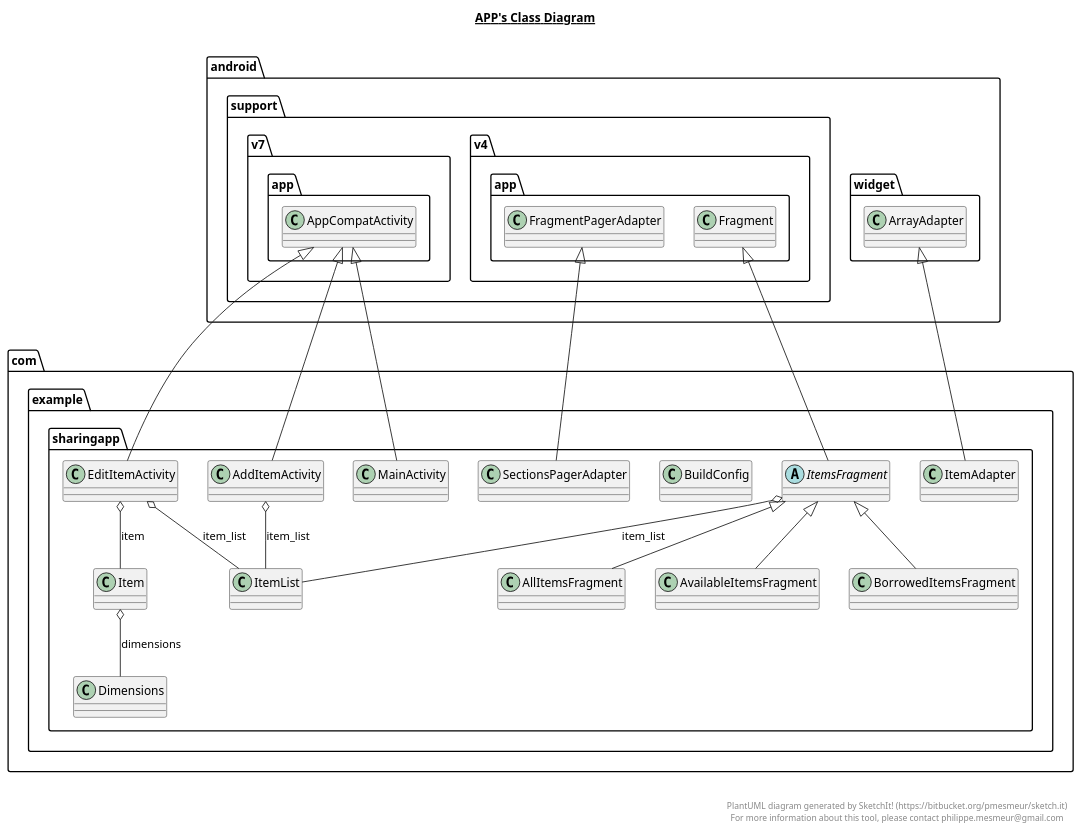
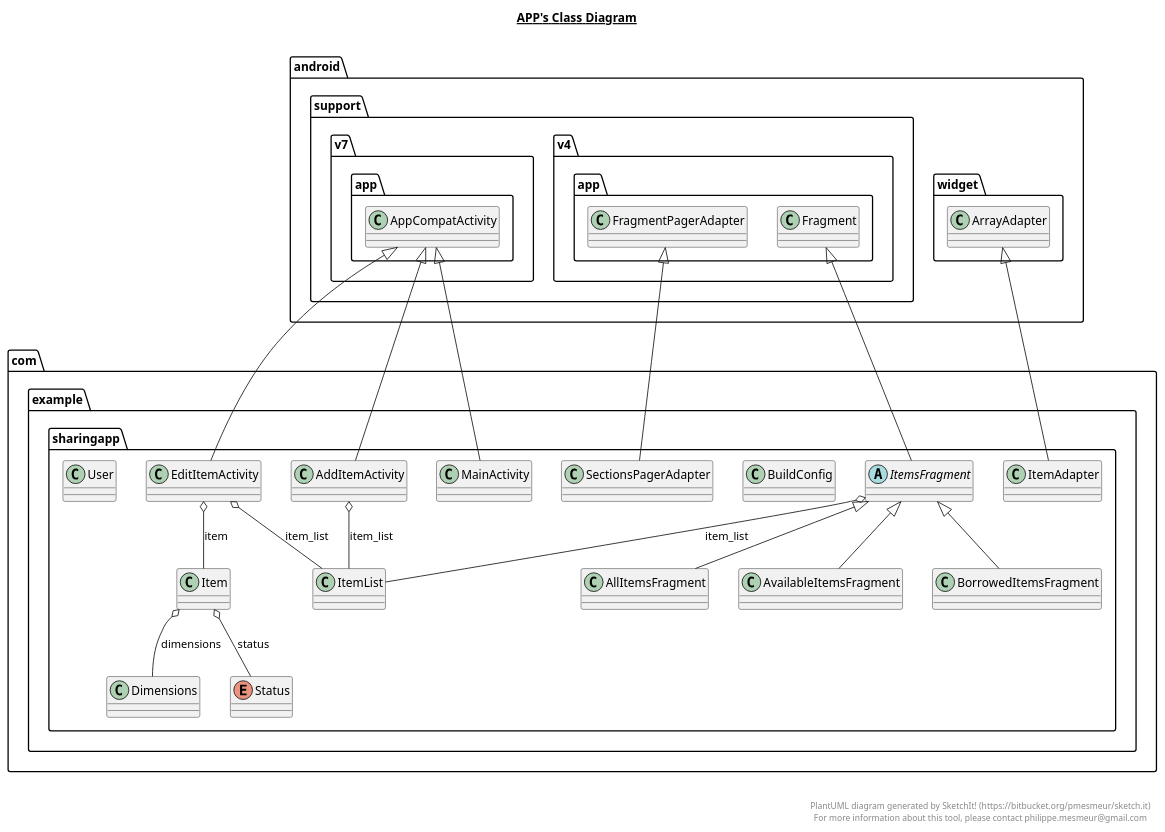
Before and after one commit to letkemanpete78/SharingApp: the diagram in app/app.plantuml, drawn with PlantUML. The commit also changed 9 other files, not shown here.

```diff
--- a/app/app.plantuml
+++ b/app/app.plantuml
@@ -1,106 +1,119 @@
 @startuml
 
 title __APP's Class Diagram__\n
 
   namespace com.example.sharingapp {
     class com.example.sharingapp.AddItemActivity {
     }
   }
   
 
   namespace com.example.sharingapp {
     class com.example.sharingapp.AllItemsFragment {
     }
   }
   
 
   namespace com.example.sharingapp {
     class com.example.sharingapp.AvailableItemsFragment {
     }
   }
   
 
   namespace com.example.sharingapp {
     class com.example.sharingapp.BorrowedItemsFragment {
     }
   }
   
 
   namespace com.example.sharingapp {
     class com.example.sharingapp.BuildConfig {
     }
   }
   
 
   namespace com.example.sharingapp {
     class com.example.sharingapp.Dimensions {
     }
   }
   
 
   namespace com.example.sharingapp {
     class com.example.sharingapp.EditItemActivity {
     }
   }
   
 
   namespace com.example.sharingapp {
     class com.example.sharingapp.Item {
     }
   }
   
 
   namespace com.example.sharingapp {
     class com.example.sharingapp.ItemAdapter {
     }
   }
   
 
   namespace com.example.sharingapp {
     class com.example.sharingapp.ItemList {
     }
   }
   
 
   namespace com.example.sharingapp {
     abstract class com.example.sharingapp.ItemsFragment {
     }
   }
   
 
   namespace com.example.sharingapp {
     class com.example.sharingapp.MainActivity {
     }
   }
   
 
   namespace com.example.sharingapp {
     class com.example.sharingapp.SectionsPagerAdapter {
     }
   }
   
 
+  namespace com.example.sharingapp {
+    enum Status {
+    }
+  }
+  
+
+  namespace com.example.sharingapp {
+    class com.example.sharingapp.User {
+    }
+  }
+  
+
   com.example.sharingapp.AddItemActivity -up-|> android.support.v7.app.AppCompatActivity
   com.example.sharingapp.AddItemActivity o-- com.example.sharingapp.ItemList : item_list
   com.example.sharingapp.AllItemsFragment -up-|> com.example.sharingapp.ItemsFragment
   com.example.sharingapp.AvailableItemsFragment -up-|> com.example.sharingapp.ItemsFragment
   com.example.sharingapp.BorrowedItemsFragment -up-|> com.example.sharingapp.ItemsFragment
   com.example.sharingapp.EditItemActivity -up-|> android.support.v7.app.AppCompatActivity
   com.example.sharingapp.EditItemActivity o-- com.example.sharingapp.Item : item
   com.example.sharingapp.EditItemActivity o-- com.example.sharingapp.ItemList : item_list
   com.example.sharingapp.Item o-- com.example.sharingapp.Dimensions : dimensions
+  com.example.sharingapp.Item o-- com.example.sharingapp.Status : status
   com.example.sharingapp.ItemAdapter -up-|> android.widget.ArrayAdapter
   com.example.sharingapp.ItemsFragment -up-|> android.support.v4.app.Fragment
   com.example.sharingapp.ItemsFragment o-- com.example.sharingapp.ItemList : item_list
   com.example.sharingapp.MainActivity -up-|> android.support.v7.app.AppCompatActivity
   com.example.sharingapp.SectionsPagerAdapter -up-|> android.support.v4.app.FragmentPagerAdapter
 
 
 right footer
 
 
 PlantUML diagram generated by SketchIt! (https://bitbucket.org/pmesmeur/sketch.it)
 For more information about this tool, please contact philippe.mesmeur@gmail.com
 endfooter
 
 @enduml
```
